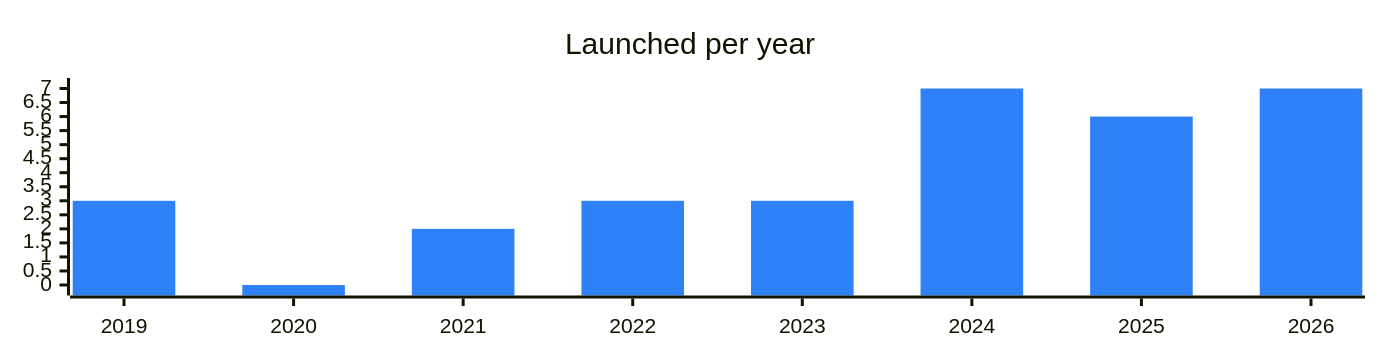
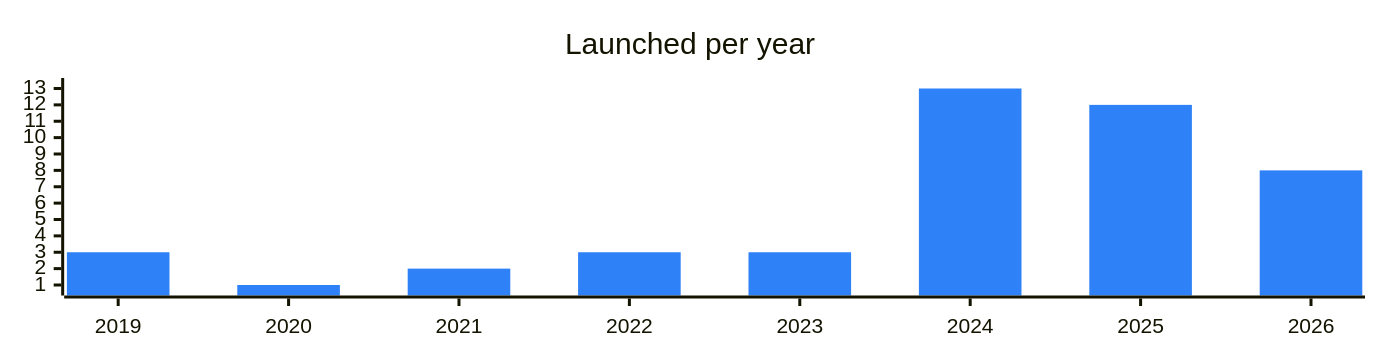
Before and after one commit to vitalikgpt/gram-ecosystem: the diagram in categories/onramp.md, drawn with Mermaid. The commit also changed other lines of this file and 69 other files, not shown here.

````diff
--- a/categories/onramp.md
+++ b/categories/onramp.md
@@ -7,7 +7,7 @@
 ```mermaid
 %%{init: {"xyChart": {"width": 900, "height": 220}, "themeVariables": {"xyChart": {"plotColorPalette": "#2f81f7"}}}}%%
 xychart-beta
   title "Launched per year"
   x-axis ["2019", "2020", "2021", "2022", "2023", "2024", "2025", "2026"]
-  bar [3, 0, 2, 3, 3, 7, 6, 7]
+  bar [3, 1, 2, 3, 3, 13, 12, 8]
 ```
````
